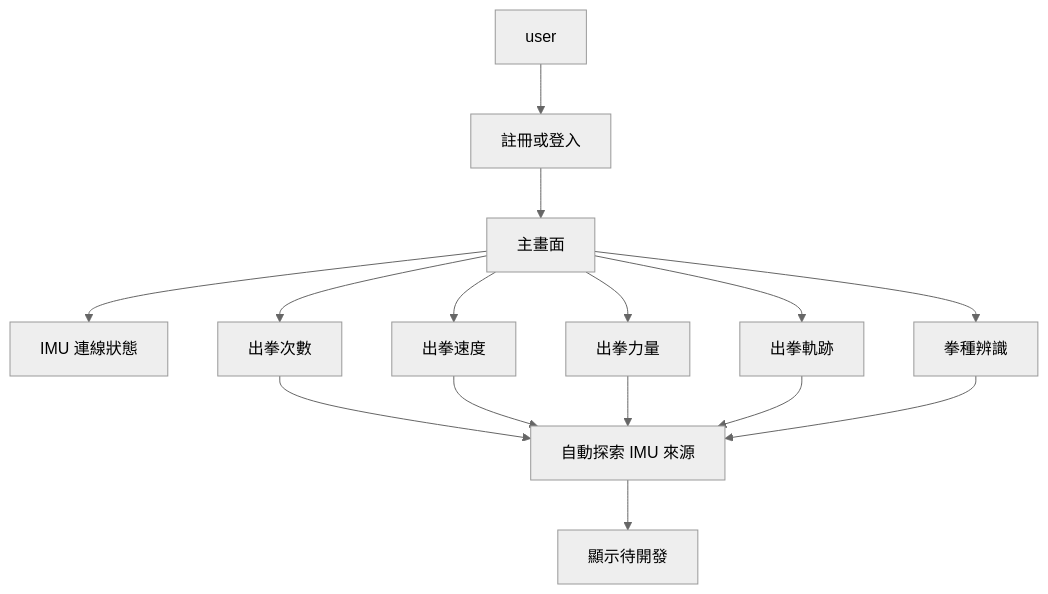
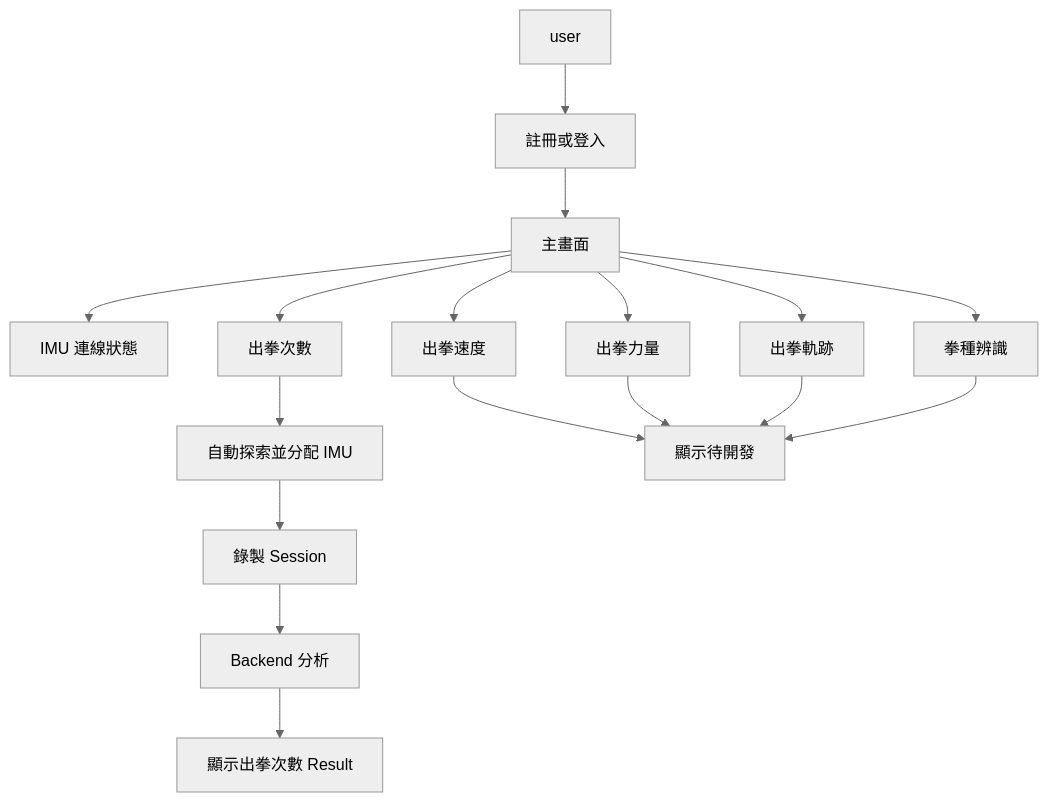
Before and after one commit to conan0220/BAP: the diagram in openspec/specs/desktop-app-shell/spec.md, drawn with Mermaid (neutral theme). The commit also changed other lines of this file and 16 other files, not shown here.

Commit message:
feat: finalize punch count measurement flow

````diff
--- a/openspec/specs/desktop-app-shell/spec.md
+++ b/openspec/specs/desktop-app-shell/spec.md
@@ -23,13 +24,16 @@
 ```mermaid
 flowchart TD
     U[user] --> LOGIN[註冊或登入]
     LOGIN --> HOME[主畫面]
     HOME --> DIAG[IMU 連線狀態]
     HOME --> COUNT[出拳次數]
     HOME --> SPEED[出拳速度]
     HOME --> FORCE[出拳力量]
     HOME --> PATH[出拳軌跡]
     HOME --> TYPE[拳種辨識]
-    COUNT & SPEED & FORCE & PATH & TYPE --> DISCOVERY[自動探索 IMU 來源]
-    DISCOVERY --> PENDING[顯示待開發]
+    COUNT --> COUNT_DISCOVERY[自動探索並分配 IMU]
+    COUNT_DISCOVERY --> RECORD[錄製 Session]
+    RECORD --> BACKEND[Backend 分析]
+    BACKEND --> RESULT[顯示出拳次數 Result]
+    SPEED & FORCE & PATH & TYPE --> PENDING[顯示待開發]
 ```
````
